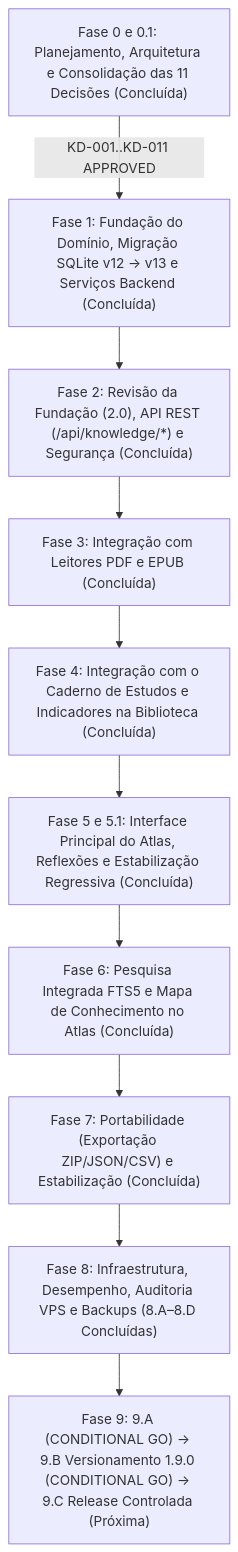
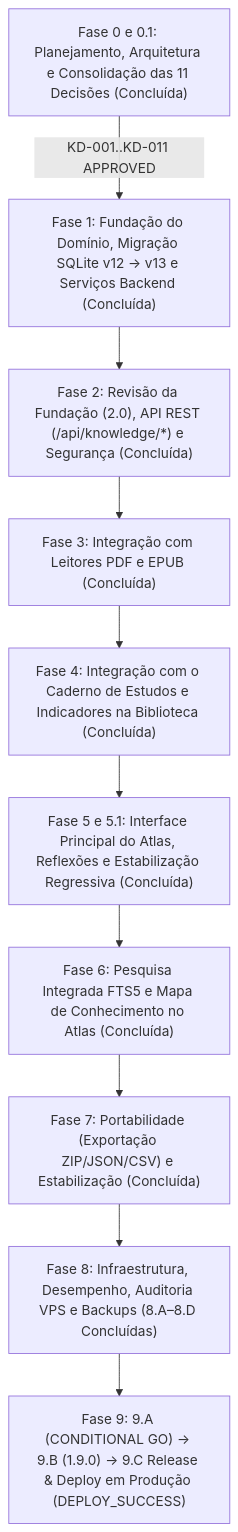
The diagram in docs/v1.9.0/08-roadmap.md (Nosremekk/Lectoria), drawn with Mermaid before and after one commit. The commit also changed other lines of this file and 1 other file, not shown here.

````diff
--- a/docs/v1.9.0/08-roadmap.md
+++ b/docs/v1.9.0/08-roadmap.md
@@ -15,16 +15,16 @@
 ```mermaid
 flowchart TD
     F0["Fase 0 e 0.1: Planejamento, Arquitetura e Consolidação das 11 Decisões (Concluída)"]
     F1["Fase 1: Fundação do Domínio, Migração SQLite v12 -> v13 e Serviços Backend (Concluída)"]
     F2["Fase 2: Revisão da Fundação (2.0), API REST (/api/knowledge/*) e Segurança (Concluída)"]
     F3["Fase 3: Integração com Leitores PDF e EPUB (Concluída)"]
     F4["Fase 4: Integração com o Caderno de Estudos e Indicadores na Biblioteca (Concluída)"]
     F5["Fase 5 e 5.1: Interface Principal do Atlas, Reflexões e Estabilização Regressiva (Concluída)"]
     F6["Fase 6: Pesquisa Integrada FTS5 e Mapa de Conhecimento no Atlas (Concluída)"]
     F7["Fase 7: Portabilidade (Exportação ZIP/JSON/CSV) e Estabilização (Concluída)"]
     F8["Fase 8: Infraestrutura, Desempenho, Auditoria VPS e Backups (8.A–8.D Concluídas)"]
-    F9["Fase 9: 9.A (CONDITIONAL GO) → 9.B Versionamento 1.9.0 (CONDITIONAL GO) → 9.C Release Controlada (Próxima)"]
+    F9["Fase 9: 9.A (CONDITIONAL GO) → 9.B (1.9.0) → 9.C Release & Deploy em Produção (DEPLOY_SUCCESS)"]
 
     F0 -->|"KD-001..KD-011 APPROVED"| F1
     F1 --> F2 --> F3 --> F4 --> F5 --> F6 --> F7 --> F8 --> F9
 ```
````
